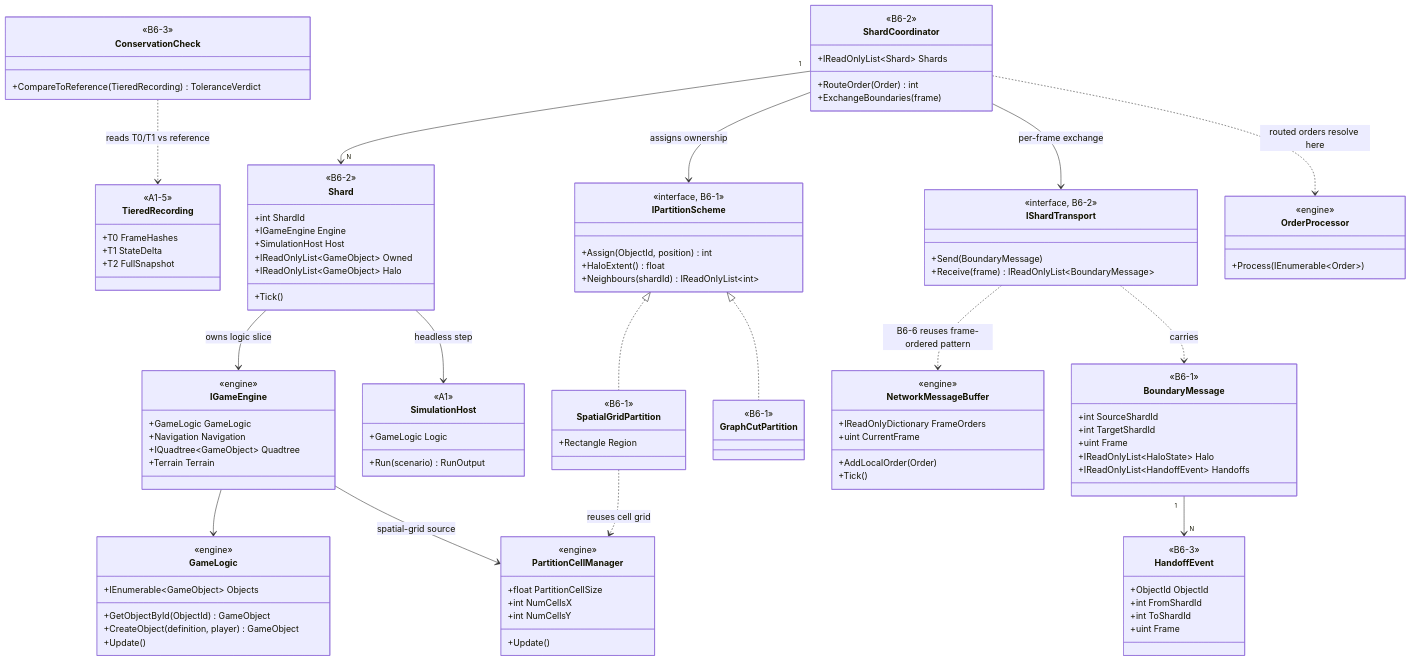
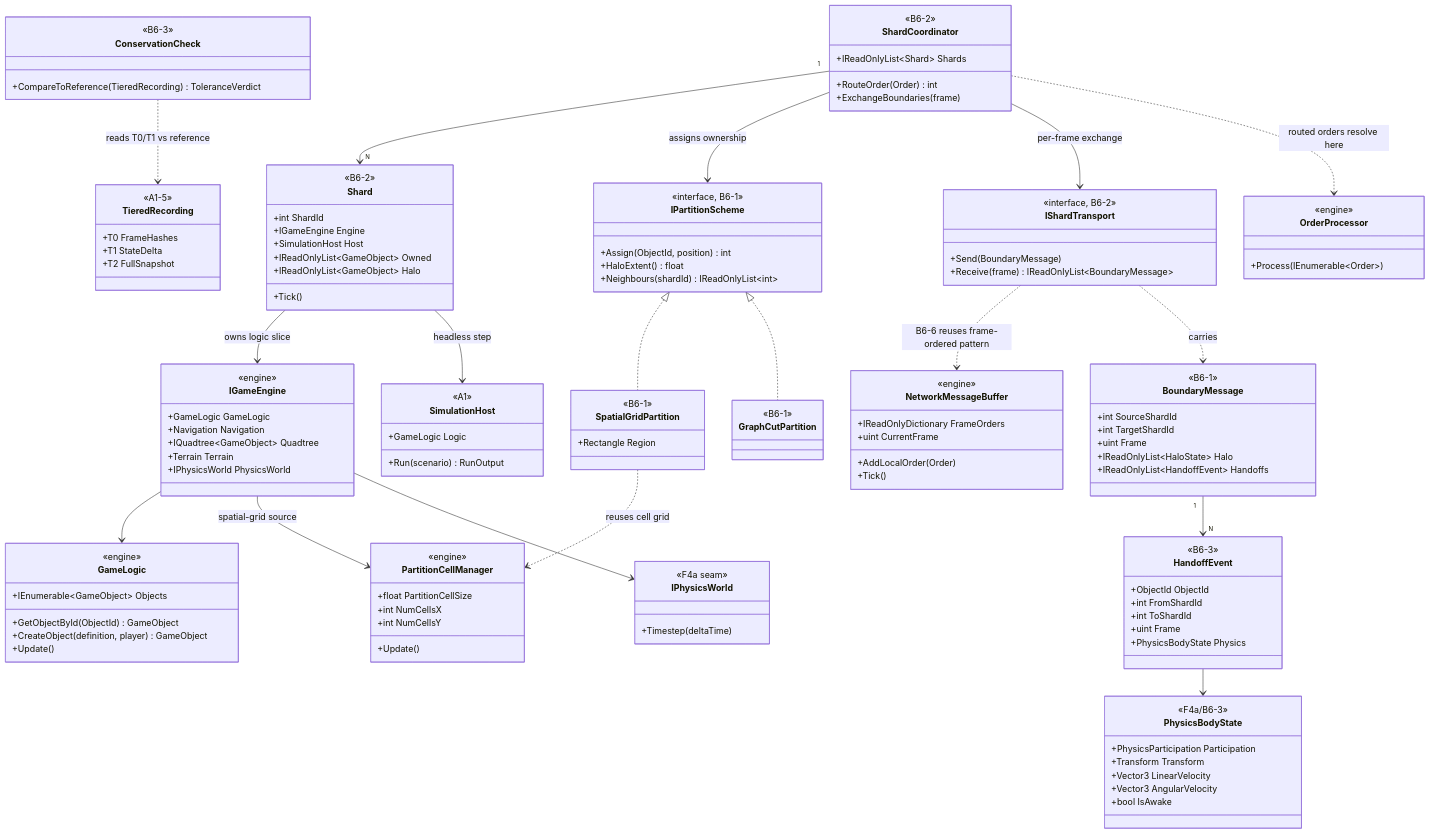
Before and after one commit to rmessinger/Panopticon: the first of 3 diagrams in docs/roadmap/deep-dives/b6-distributed-simulation.md, drawn with Mermaid. The commit also changed other lines of this file and 15 other files, not shown here.

First line of the commit message:
docs: expand Bepu object physics roadmap

````diff
--- a/docs/roadmap/deep-dives/b6-distributed-simulation.md
+++ b/docs/roadmap/deep-dives/b6-distributed-simulation.md
@@ -144,6 +152,7 @@
     +Navigation Navigation
     +IQuadtree~GameObject~ Quadtree
     +Terrain Terrain
+    +IPhysicsWorld PhysicsWorld
   }
 
   class GameLogic {
@@ -160,6 +169,11 @@
     +int NumCellsX
     +int NumCellsY
     +Update()
+  }
+
+  class IPhysicsWorld {
+    <<F4a seam>>
+    +Timestep(deltaTime)
   }
 
   class OrderProcessor {
@@ -236,6 +250,16 @@
     +int FromShardId
     +int ToShardId
     +uint Frame
+    +PhysicsBodyState Physics
+  }
+
+  class PhysicsBodyState {
+    <<F4a/B6-3>>
+    +PhysicsParticipation Participation
+    +Transform Transform
+    +Vector3 LinearVelocity
+    +Vector3 AngularVelocity
+    +bool IsAwake
   }
 
   class IShardTransport {
@@ -251,6 +275,7 @@
 
   IGameEngine --> GameLogic
   IGameEngine --> PartitionCellManager : spatial-grid source
+  IGameEngine --> IPhysicsWorld
   Shard --> IGameEngine : owns logic slice
   Shard --> SimulationHost : headless step
   IPartitionScheme <|.. SpatialGridPartition
@@ -263,5 +288,6 @@
   IShardTransport ..> NetworkMessageBuffer : B6-6 reuses frame-ordered pattern
   IShardTransport ..> BoundaryMessage : carries
   BoundaryMessage "1" --> "N" HandoffEvent
+  HandoffEvent --> PhysicsBodyState
   ConservationCheck ..> TieredRecording : reads T0/T1 vs reference
 ```
````
